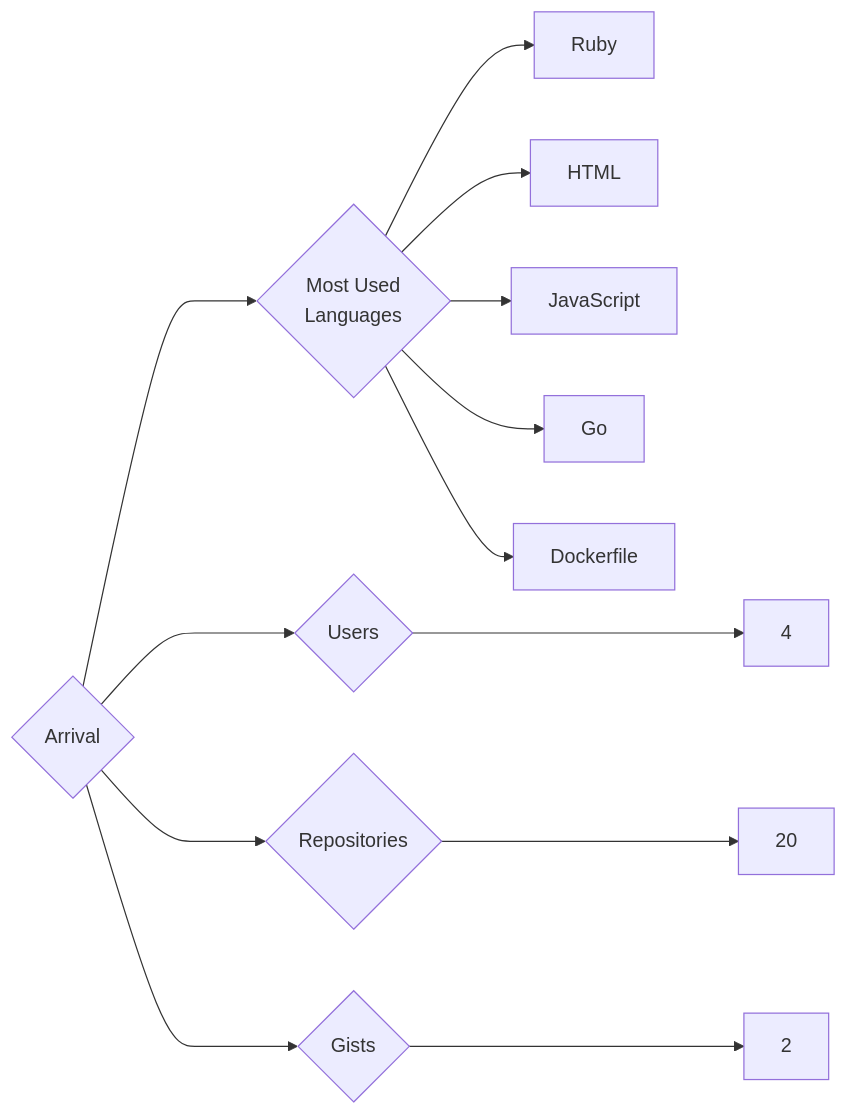
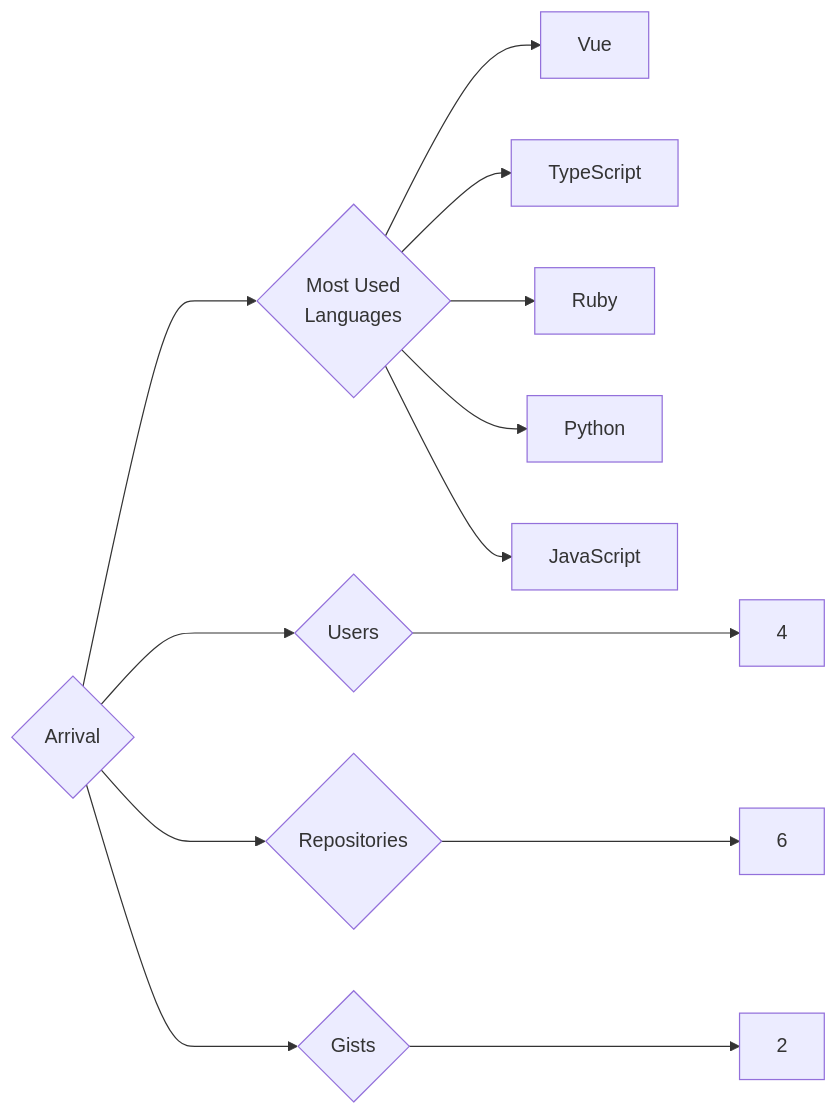
The diagram in targets/Arrival/README.md (trickest/insiders), drawn with Mermaid before and after one commit. The commit also changed 1092 other files, not shown here.

````diff
--- a/targets/Arrival/README.md
+++ b/targets/Arrival/README.md
@@ -3,13 +3,13 @@
 ```mermaid
 graph LR
 COMPANY_NAME{Arrival}
 COMPANY_NAME ---> U{Users} ---> UN[4]
-COMPANY_NAME ---> R{Repositories} ---> RN[20]
+COMPANY_NAME ---> R{Repositories} ---> RN[6]
 COMPANY_NAME ---> G{Gists} ---> GN[2]
 COMPANY_NAME ---> ML{Most Used<br>Languages}
+ML --> Vue[Vue]
+ML --> TypeScript[TypeScript]
 ML --> Ruby[Ruby]
-ML --> HTML[HTML]
+ML --> Python[Python]
 ML --> JavaScript[JavaScript]
-ML --> Go[Go]
-ML --> Dockerfile[Dockerfile]
 ```
````
